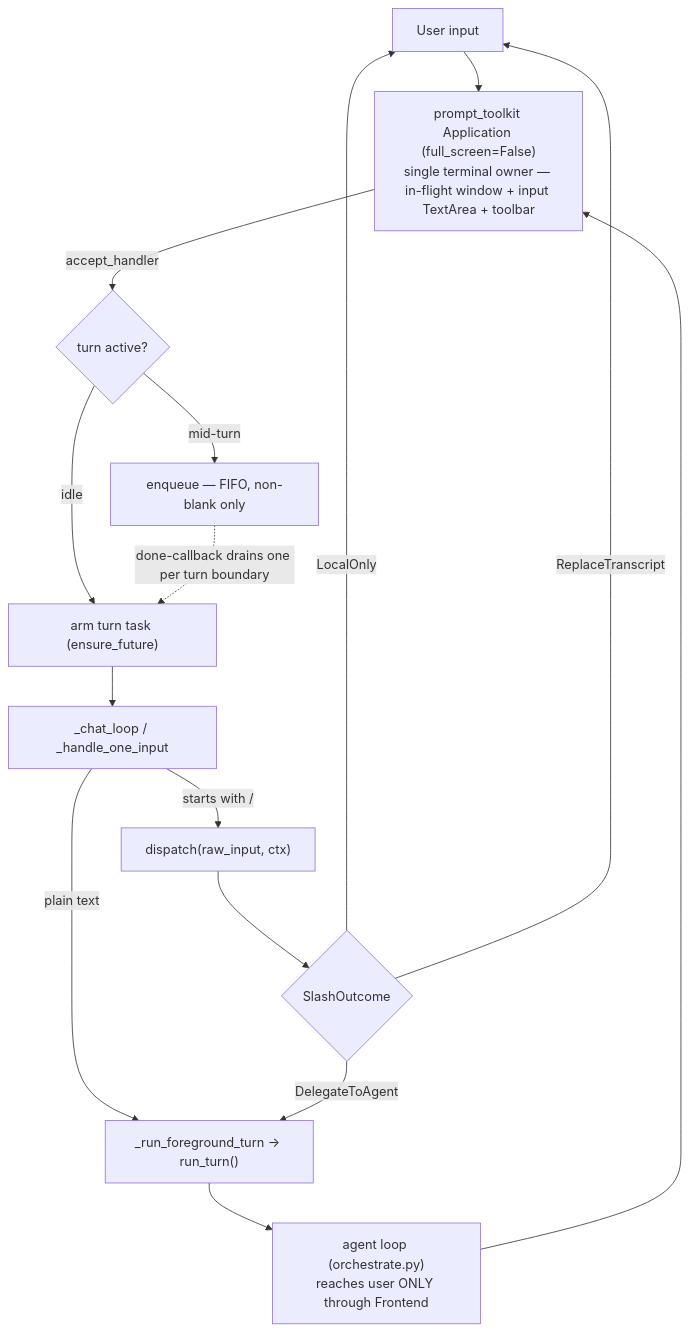
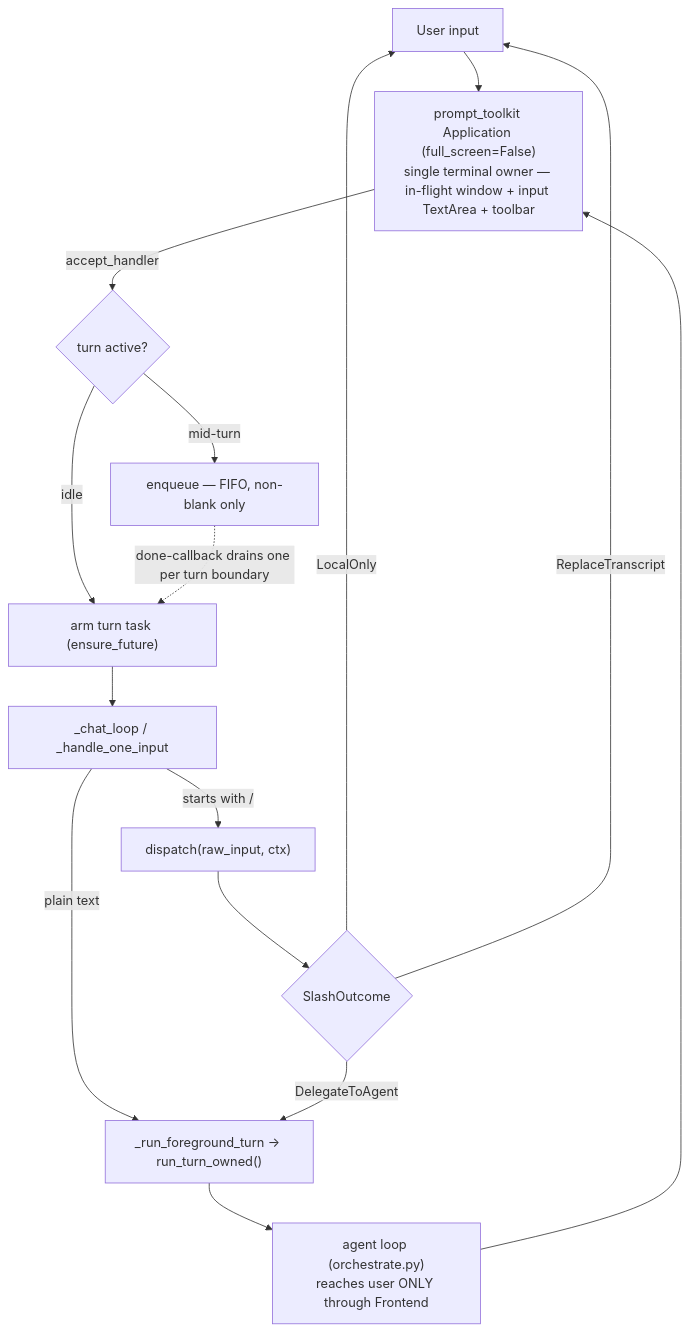
Before and after one commit to binlecode/co-cli: the diagram in docs/specs/tui.md, drawn with Mermaid. The commit also changed other lines of this file and 20 other files, not shown here.

````diff
--- a/docs/specs/tui.md
+++ b/docs/specs/tui.md
@@ -13,17 +13,17 @@
 ```mermaid
 flowchart TD
     U["User input"] --> APP["prompt_toolkit Application (full_screen=False)<br/>single terminal owner — in-flight window + input TextArea + toolbar"]
     APP -->|accept_handler| ARM{"turn active?"}
     ARM -->|idle| TASK["arm turn task (ensure_future)"]
     ARM -->|mid-turn| Q["enqueue — FIFO, non-blank only"]
     Q -.->|"done-callback drains one per turn boundary"| TASK
     TASK --> LOOP["_chat_loop / _handle_one_input"]
     LOOP -->|"starts with /"| DISP["dispatch(raw_input, ctx)"]
-    LOOP -->|plain text| TURN["_run_foreground_turn → run_turn()"]
+    LOOP -->|plain text| TURN["_run_foreground_turn → run_turn_owned()"]
     DISP --> OUT{"SlashOutcome"}
     OUT -->|LocalOnly| U
     OUT -->|ReplaceTranscript| U
     OUT -->|DelegateToAgent| TURN
     TURN --> FE["agent loop (orchestrate.py)<br/>reaches user ONLY through Frontend"]
     FE --> APP
 ```
````
